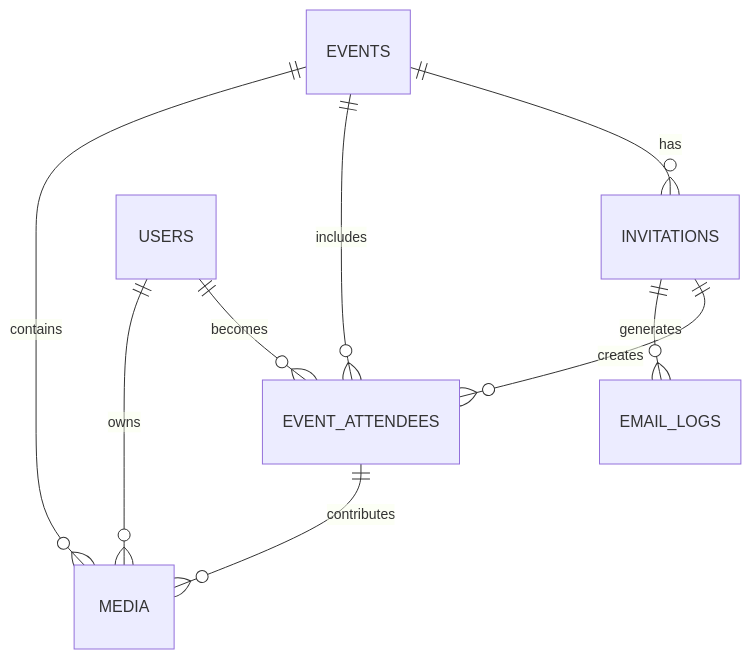
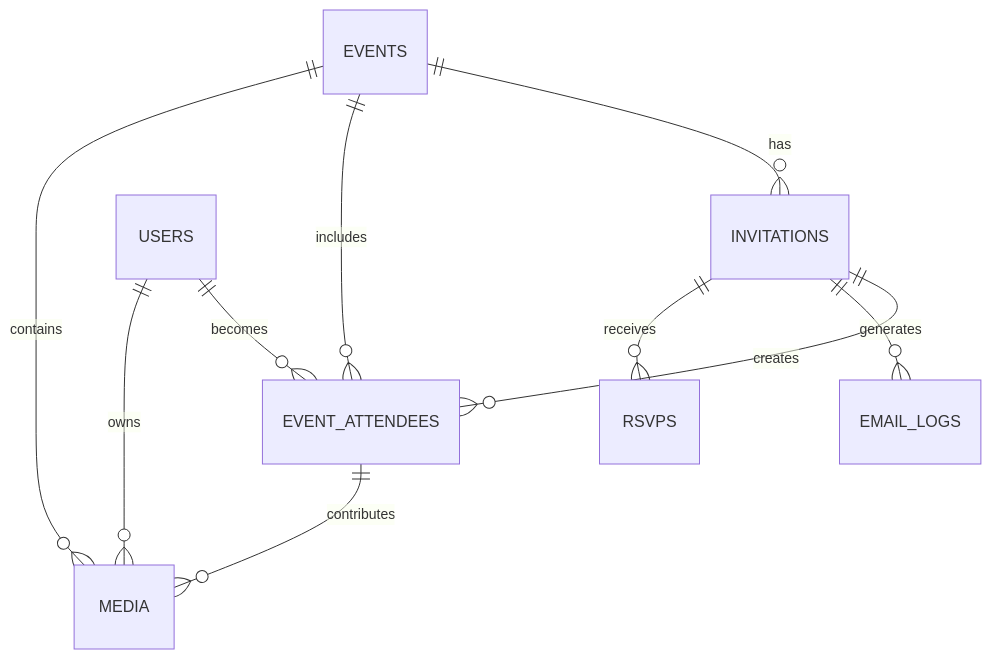
Before and after one commit to mrj0nesmtl/cloud-burst: the diagram in docs/user-flows/invited_user_flow_design_document.md, drawn with Mermaid. The commit also changed other lines of this file and 17 other files, not shown here.

````diff
--- a/docs/user-flows/invited_user_flow_design_document.md
+++ b/docs/user-flows/invited_user_flow_design_document.md
@@ -382,11 +427,12 @@
 ```mermaid
 erDiagram
     EVENTS ||--o{ INVITATIONS : has
     INVITATIONS ||--o{ EVENT_ATTENDEES : creates
     USERS ||--o{ EVENT_ATTENDEES : becomes
     EVENTS ||--o{ EVENT_ATTENDEES : includes
     EVENT_ATTENDEES ||--o{ MEDIA : contributes
     USERS ||--o{ MEDIA : owns
     EVENTS ||--o{ MEDIA : contains
     INVITATIONS ||--o{ EMAIL_LOGS : generates
+    INVITATIONS ||--o{ RSVPS : receives
 ```
````
